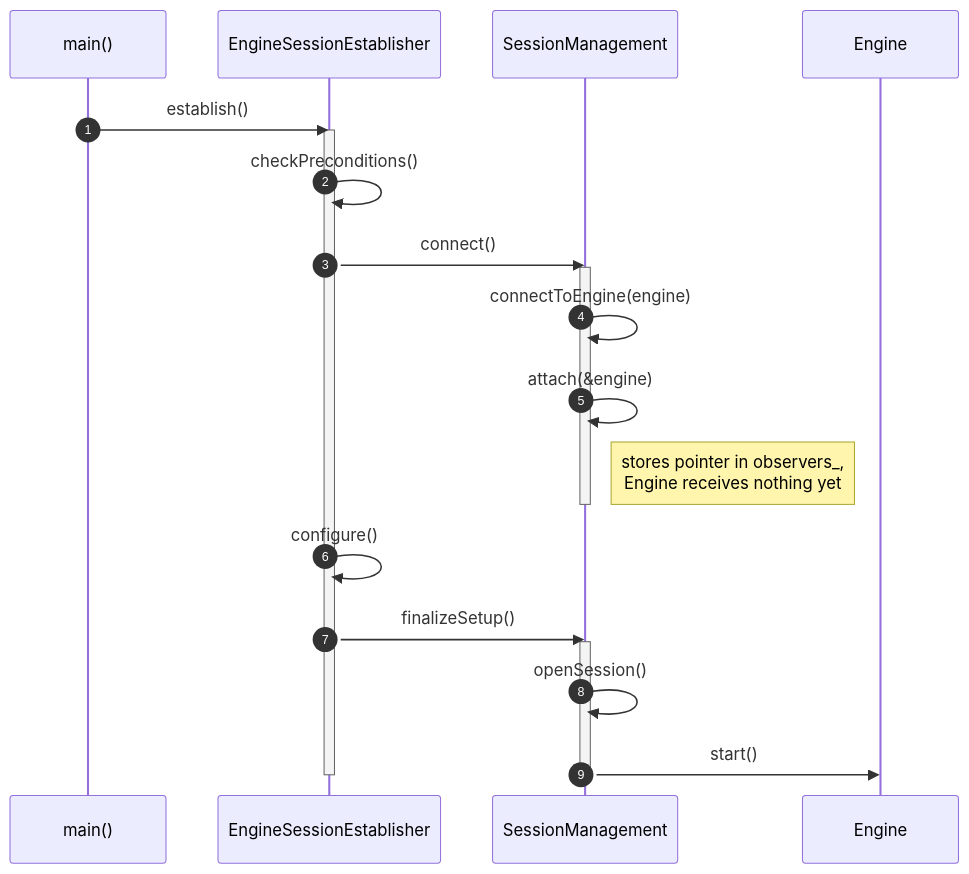
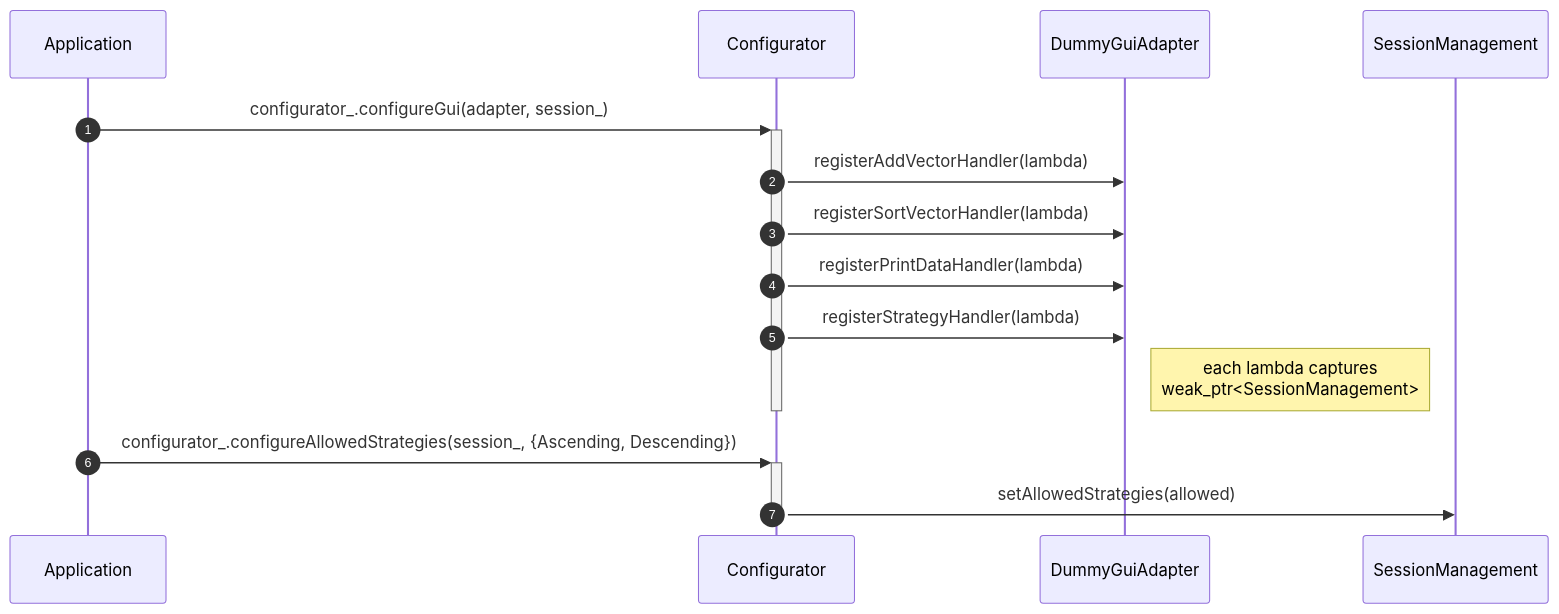
The third of 6 diagrams in docs/en/_diagram/sequence_diagrams.md (RyszardHalapacz/cpp-design-patterns-examples), drawn with Mermaid before and after one commit. The commit also changed other lines of this file and 3 other files, not shown here.

First line of the commit message:
docs: rewrite class and sequence diagrams to reflect current architecture

````diff
--- a/docs/en/_diagram/sequence_diagrams.md
+++ b/docs/en/_diagram/sequence_diagrams.md
@@ -82,25 +96,19 @@
 ```mermaid
 sequenceDiagram
     autonumber
-    participant Main as main()
-    participant Est as EngineSessionEstablisher
+    participant App as Application
+    participant Cfg as Configurator
+    participant Adapter as DummyGuiAdapter
     participant Session as SessionManagement
-    participant Eng as Engine
 
-    Main->>Est: establish()
-    activate Est
-    Est->>Est: checkPreconditions()
-    Est->>Session: connect()
-    activate Session
-    Session->>Session: connectToEngine(engine)
-    Session->>Session: attach(&engine)
-    Note right of Session: stores pointer in observers_,<br/>Engine receives nothing yet
-    deactivate Session
-    Est->>Est: configure()
-    Est->>Session: finalizeSetup()
-    activate Session
-    Session->>Session: openSession()
-    Session->>Eng: start()
-    deactivate Session
-    deactivate Est
+    App->>+Cfg: configurator_.configureGui(adapter, session_)
+    Cfg->>Adapter: registerAddVectorHandler(lambda)
+    Cfg->>Adapter: registerSortVectorHandler(lambda)
+    Cfg->>Adapter: registerPrintDataHandler(lambda)
+    Cfg->>Adapter: registerStrategyHandler(lambda)
+    Note right of Adapter: each lambda captures<br/>weak_ptr<SessionManagement>
+    deactivate Cfg
+    App->>+Cfg: configurator_.configureAllowedStrategies(session_, {Ascending, Descending})
+    Cfg->>Session: setAllowedStrategies(allowed)
+    deactivate Cfg
 ```
````
